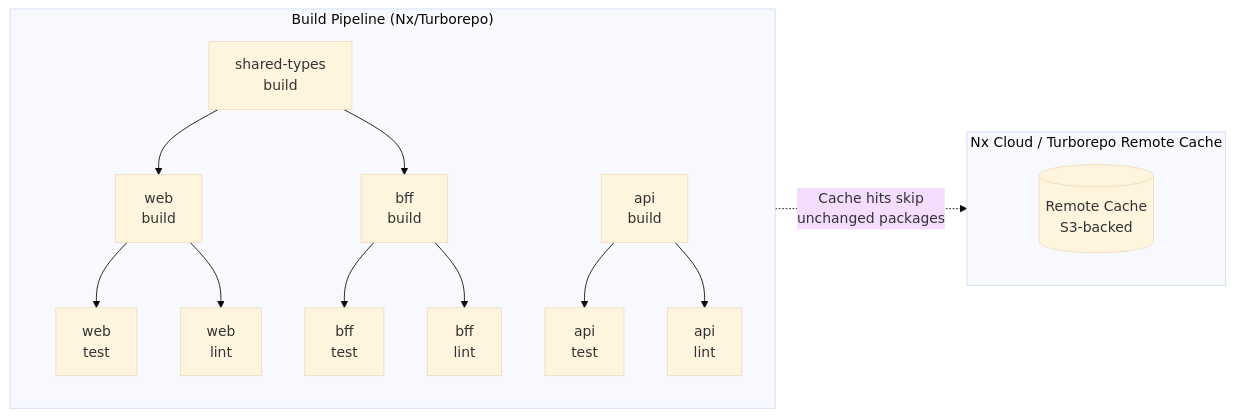
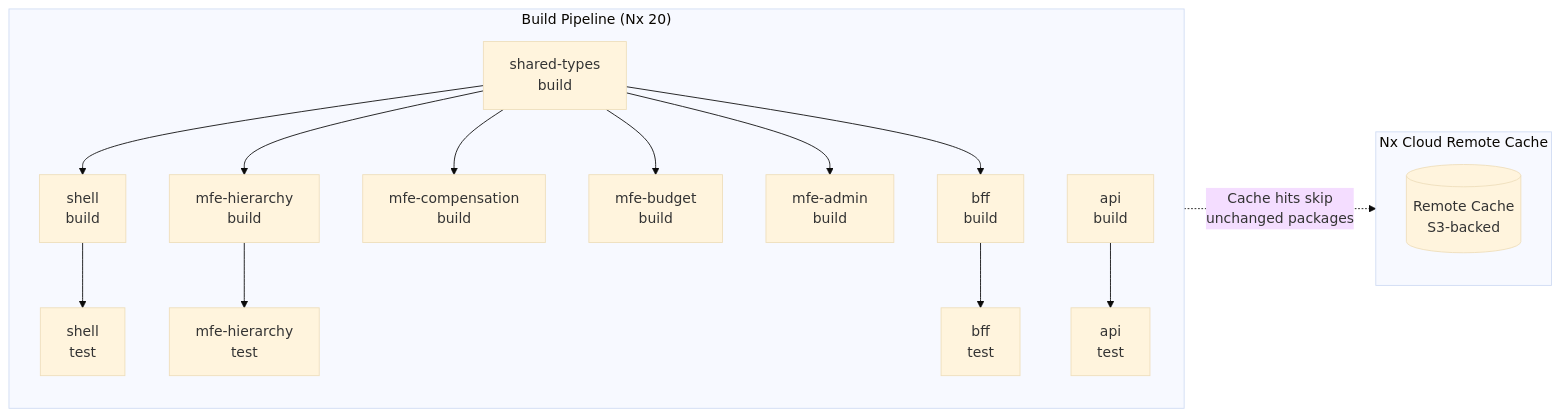
Diagram 24 of 24 in docs/superpowers/specs/2026-04-17-employee-budget-allocation-design.md (sukhesh035/employee_budget_allocation), drawn with Mermaid (base theme) before and after one commit. The commit also changed other lines of this file and 7 other files, not shown here.

First line of the commit message:
Restructure to micro frontend architecture with Module Federation

````diff
--- a/docs/superpowers/specs/2026-04-17-employee-budget-allocation-design.md
+++ b/docs/superpowers/specs/2026-04-17-employee-budget-allocation-design.md
@@ -2435,22 +2491,23 @@
 ```mermaid
 flowchart LR
-    subgraph Pipeline["Build Pipeline (Nx/Turborepo)"]
-        TYPES[shared-types<br/>build] --> WEB[web<br/>build]
+    subgraph Pipeline["Build Pipeline (Nx 20)"]
+        TYPES[shared-types<br/>build] --> SHELL[shell<br/>build]
+        TYPES --> MFE_H[mfe-hierarchy<br/>build]
+        TYPES --> MFE_C[mfe-compensation<br/>build]
+        TYPES --> MFE_B[mfe-budget<br/>build]
+        TYPES --> MFE_A[mfe-admin<br/>build]
         TYPES --> BFF_BUILD[bff<br/>build]
         API_BUILD[api<br/>build]
 
-        WEB --> WEB_TEST[web<br/>test]
+        SHELL --> SHELL_TEST[shell<br/>test]
+        MFE_H --> MFE_H_TEST[mfe-hierarchy<br/>test]
         BFF_BUILD --> BFF_TEST[bff<br/>test]
         API_BUILD --> API_TEST[api<br/>test]
-
-        WEB --> WEB_LINT[web<br/>lint]
-        BFF_BUILD --> BFF_LINT[bff<br/>lint]
-        API_BUILD --> API_LINT[api<br/>lint]
     end
 
-    subgraph Cache["Nx Cloud / Turborepo Remote Cache"]
+    subgraph Cache["Nx Cloud Remote Cache"]
         RC[(Remote Cache<br/>S3-backed)]
     end
 
     Pipeline -.->|"Cache hits skip<br/>unchanged packages"| Cache
 ```
````
